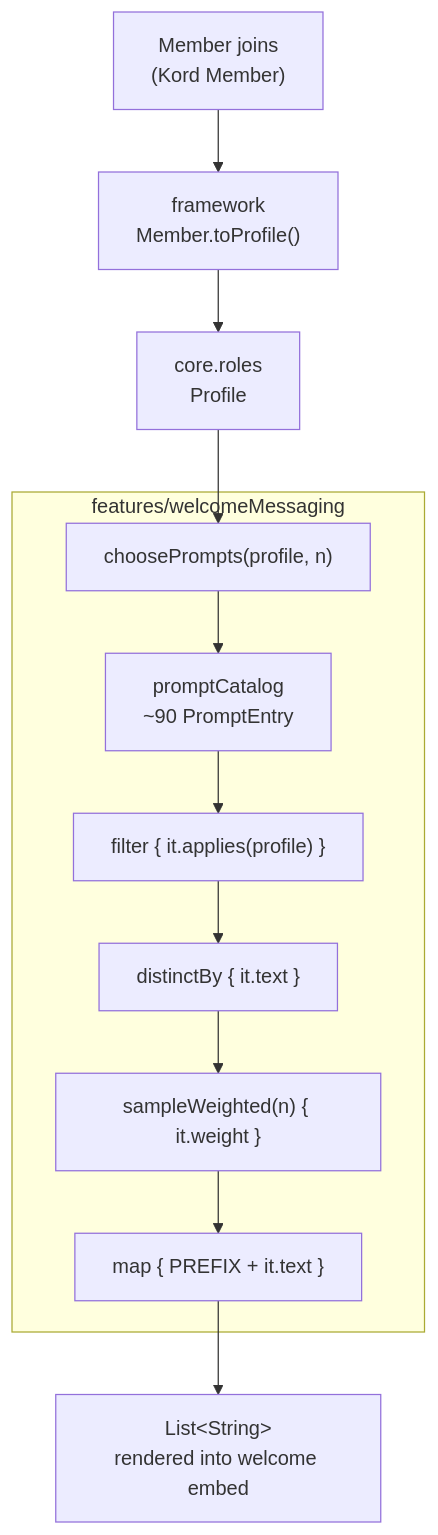
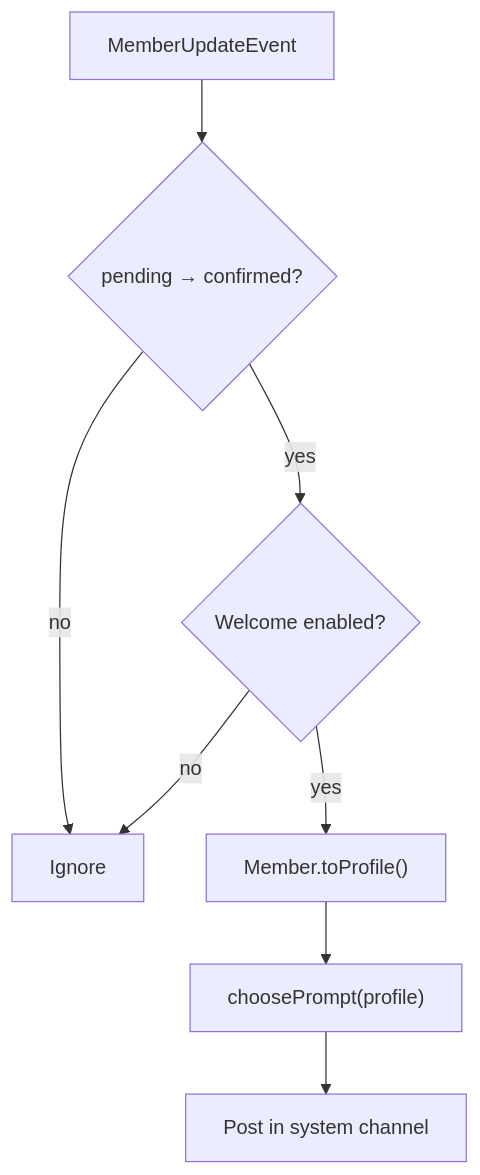
Before and after one commit to mistersolid/sentry: the diagram in features/welcomeMessaging/README.md, drawn with Mermaid. The commit also changed other lines of this file and 11 other files, not shown here.

Commit message:
feat(phash): implement addValue method for GuildValuesStore and action method for PhashCommand; add and update README.md for welcomeMessaging and phashMatching; add tests for phashMatching

````diff
--- a/features/welcomeMessaging/README.md
+++ b/features/welcomeMessaging/README.md
@@ -14,17 +22,10 @@
 ```mermaid
 flowchart TD
-    A["Member joins<br/>(Kord Member)"] --> B["framework<br/>Member.toProfile()"]
-    B --> C["core.roles<br/>Profile"]
-
-    C --> D["choosePrompts(profile, n)"]
-
-    subgraph selection["features/welcomeMessaging"]
-        D --> E["promptCatalog<br/>~90 PromptEntry"]
-        E --> F["filter { it.applies(profile) }"]
-        F --> G["distinctBy { it.text }"]
-        G --> H["sampleWeighted(n) { it.weight }"]
-        H --> I["map { PREFIX + it.text }"]
-    end
-
-    I --> K["List&lt;String&gt;<br/>rendered into welcome embed"]
+    A["MemberUpdateEvent"] --> B{"pending → confirmed?"}
+    B -- no --> X["Ignore"]
+    B -- yes --> C{"Welcome enabled?"}
+    C -- no --> X
+    C -- yes --> D["Member.toProfile()"]
+    D --> E["choosePrompt(profile)"]
+    E --> F["Post in system channel"]
 ```
````
